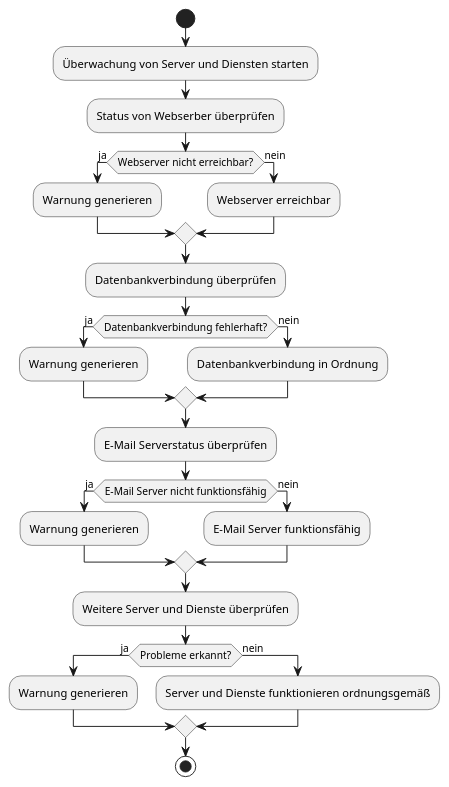
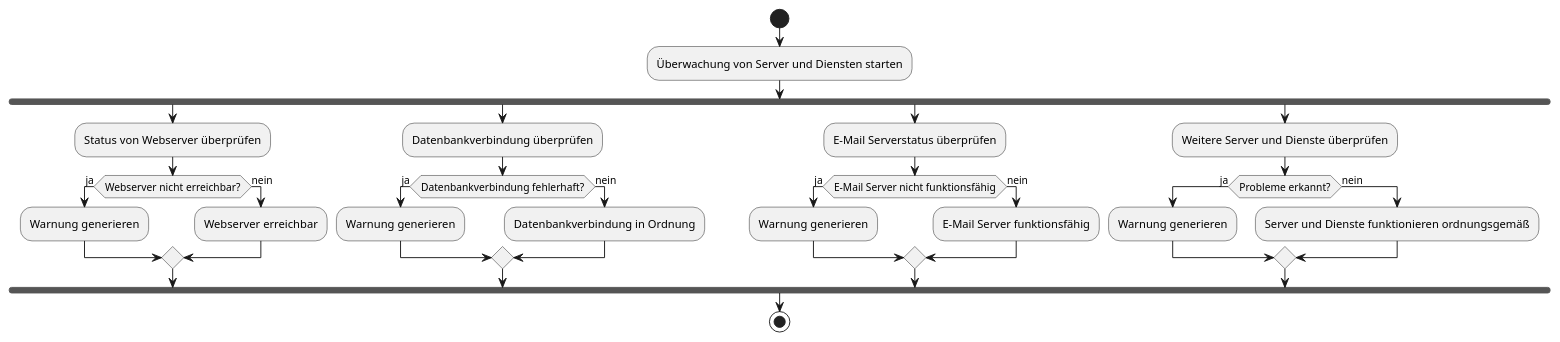
Before and after one commit to helenlaible/ss23-kba-project: the seventh of 14 diagrams in docs/2_planning/3_activity_diagrams.md, drawn with PlantUML. The commit also changed other lines of this file, not shown here.

````diff
--- a/docs/2_planning/3_activity_diagrams.md
+++ b/docs/2_planning/3_activity_diagrams.md
@@ -168,33 +169,38 @@
 ```plantuml Überwachung der Systemressourcen
 @startuml
 start
 
 :Überwachung von Server und Diensten starten;
-:Status von Webserber überprüfen;
-if (Webserver nicht erreichbar?) then (ja)
-  :Warnung generieren;
-else (nein)
-  :Webserver erreichbar;
-endif
-:Datenbankverbindung überprüfen;
-if (Datenbankverbindung fehlerhaft?) then (ja)
-  :Warnung generieren;
-else (nein)
-  :Datenbankverbindung in Ordnung;
-endif
-:E-Mail Serverstatus überprüfen;
-if (E-Mail Server nicht funktionsfähig) then (ja)
-  :Warnung generieren;
-else (nein)
-  :E-Mail Server funktionsfähig;
-endif
-:Weitere Server und Dienste überprüfen;
-if (Probleme erkannt?) then (ja)
-  :Warnung generieren;
-else (nein)
-  :Server und Dienste funktionieren ordnungsgemäß;
-endif
+fork
+  :Status von Webserver überprüfen;
+  if (Webserver nicht erreichbar?) then (ja)
+    :Warnung generieren;
+  else (nein)
+    :Webserver erreichbar;
+  endif
+fork again
+  :Datenbankverbindung überprüfen;
+  if (Datenbankverbindung fehlerhaft?) then (ja)
+    :Warnung generieren;
+  else (nein)
+    :Datenbankverbindung in Ordnung;
+  endif
+fork again
+  :E-Mail Serverstatus überprüfen;
+  if (E-Mail Server nicht funktionsfähig) then (ja)
+    :Warnung generieren;
+  else (nein)
+    :E-Mail Server funktionsfähig;
+  endif
+fork again
+  :Weitere Server und Dienste überprüfen;
+  if (Probleme erkannt?) then (ja)
+    :Warnung generieren;
+  else (nein)
+    :Server und Dienste funktionieren ordnungsgemäß;
+  endif
+end fork
 
 stop
 @enduml
 ```
````
